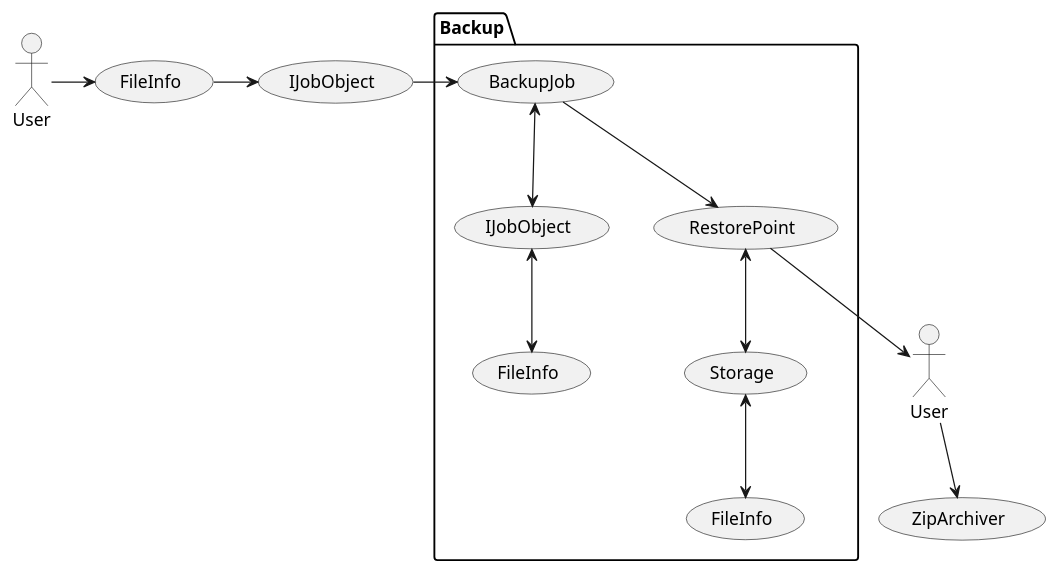
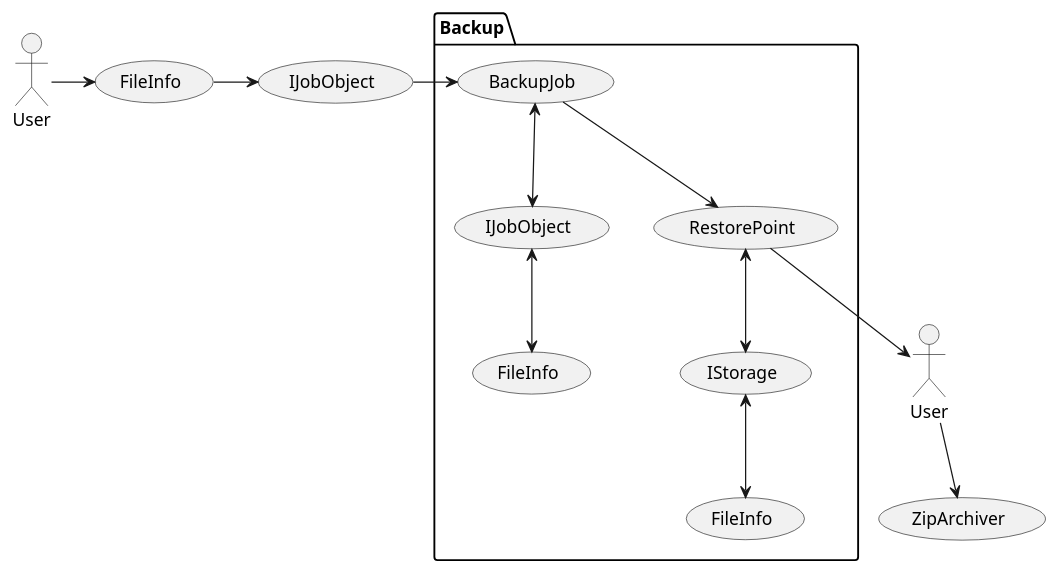
One commit to Ar4eR-ValerA/OOP.IIIsem changed the diagram in Docs/Usecase.puml. Above: the diagram before and after it, drawn with PlantUML. The commit also changed 1 other file, not shown here.

Commit message:
chore: updates docs        classes uml v3.0        usecase uml v1.3a

```diff
--- a/Docs/Usecase.puml
+++ b/Docs/Usecase.puml
@@ -1,32 +1,32 @@
 @startuml
 
 actor User as UserSender
 actor User as UserTaker
 
 
 package Backup {
     usecase BackupJob
     usecase IJobObject
     usecase RestorePoint  
-    usecase Storage
+    usecase IStorage
     usecase FileInfo as FileStorageInfo
     usecase FileInfo as FileJobObjectInfo
 }
 
 usecase FileInfo as FileUserInfo
 usecase IJobObject as JobObjectUser
 usecase ZipArchiver
 
 BackupJob <--> IJobObject
 BackupJob --> RestorePoint
-RestorePoint <--> Storage
-Storage <--> FileStorageInfo
+RestorePoint <--> IStorage
+IStorage <--> FileStorageInfo
 IJobObject <--> FileJobObjectInfo
 
 UserSender -> FileUserInfo
 FileUserInfo -> JobObjectUser
 JobObjectUser -> BackupJob
 RestorePoint --> UserTaker
 UserTaker --> ZipArchiver
 
 @enduml
```
